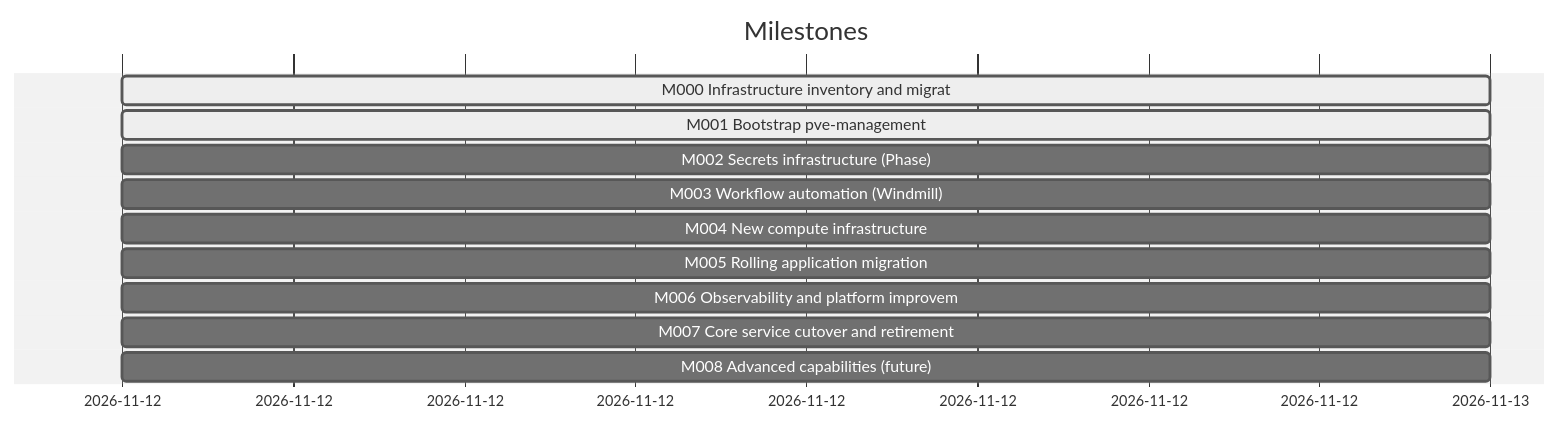
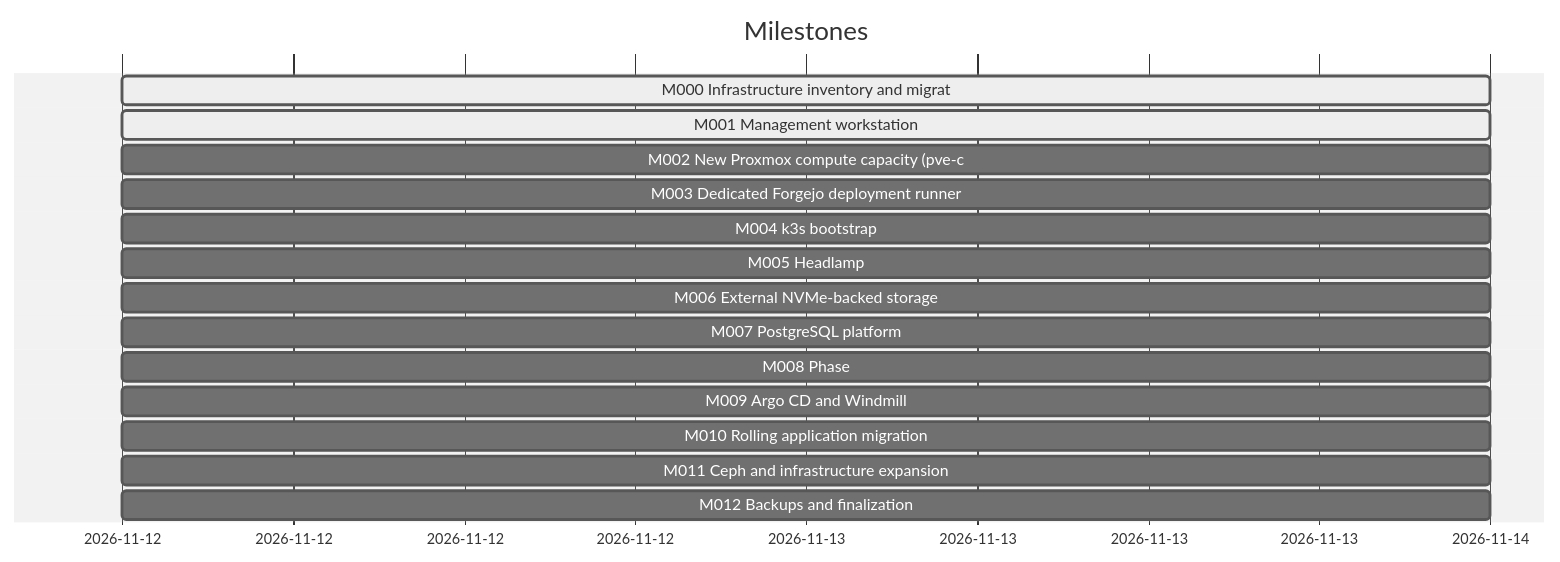
Before and after one commit to doku-code/homelab-iac: the diagram in docs/dashboard.md, drawn with Mermaid (neutral theme). The commit also changed other lines of this file and 47 other files, not shown here.

First line of the commit message:
docs(iac): align the architecture and roadmap with the k3s and NVMe storage direction

````diff
--- a/docs/dashboard.md
+++ b/docs/dashboard.md
@@ -31,14 +35,18 @@
 ```mermaid
 gantt
     dateFormat YYYY-MM-DD
     title Milestones
-    M000 Infrastructure inventory and migrat :active, m000, 2026-11-12, 2026-11-13
-    M001 Bootstrap pve-management :active, m001, 2026-11-12, 2026-11-13
-    M002 Secrets infrastructure (Phase) :m002, 2026-11-12, 2026-11-13
-    M003 Workflow automation (Windmill) :m003, 2026-11-12, 2026-11-13
-    M004 New compute infrastructure :m004, 2026-11-12, 2026-11-13
-    M005 Rolling application migration :m005, 2026-11-12, 2026-11-13
-    M006 Observability and platform improvem :m006, 2026-11-12, 2026-11-13
-    M007 Core service cutover and retirement :m007, 2026-11-12, 2026-11-13
-    M008 Advanced capabilities (future) :m008, 2026-11-12, 2026-11-13
+    M000 Infrastructure inventory and migrat :active, m000, 2026-11-12, 2026-11-14
+    M001 Management workstation :active, m001, 2026-11-12, 2026-11-14
+    M002 New Proxmox compute capacity (pve-c :m002, 2026-11-12, 2026-11-14
+    M003 Dedicated Forgejo deployment runner :m003, 2026-11-12, 2026-11-14
+    M004 k3s bootstrap :m004, 2026-11-12, 2026-11-14
+    M005 Headlamp :m005, 2026-11-12, 2026-11-14
+    M006 External NVMe-backed storage :m006, 2026-11-12, 2026-11-14
+    M007 PostgreSQL platform :m007, 2026-11-12, 2026-11-14
+    M008 Phase :m008, 2026-11-12, 2026-11-14
+    M009 Argo CD and Windmill :m009, 2026-11-12, 2026-11-14
+    M010 Rolling application migration :m010, 2026-11-12, 2026-11-14
+    M011 Ceph and infrastructure expansion :m011, 2026-11-12, 2026-11-14
+    M012 Backups and finalization :m012, 2026-11-12, 2026-11-14
 ```
````
